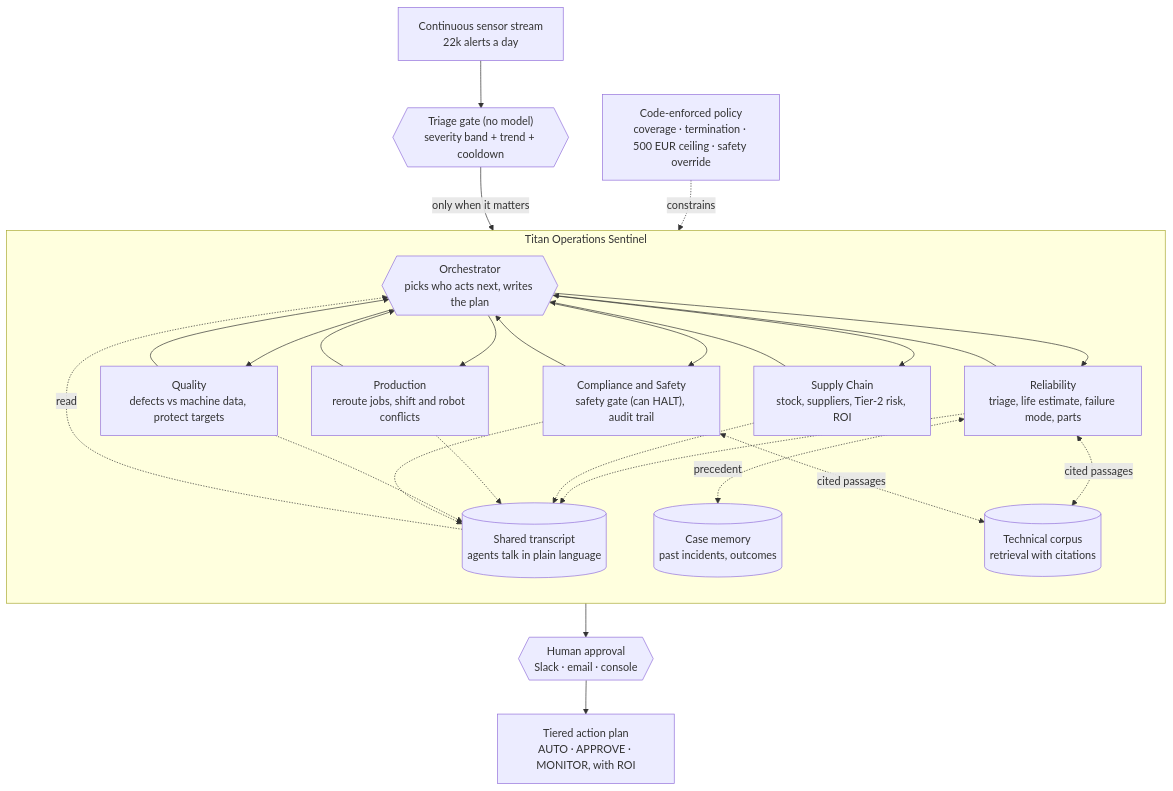
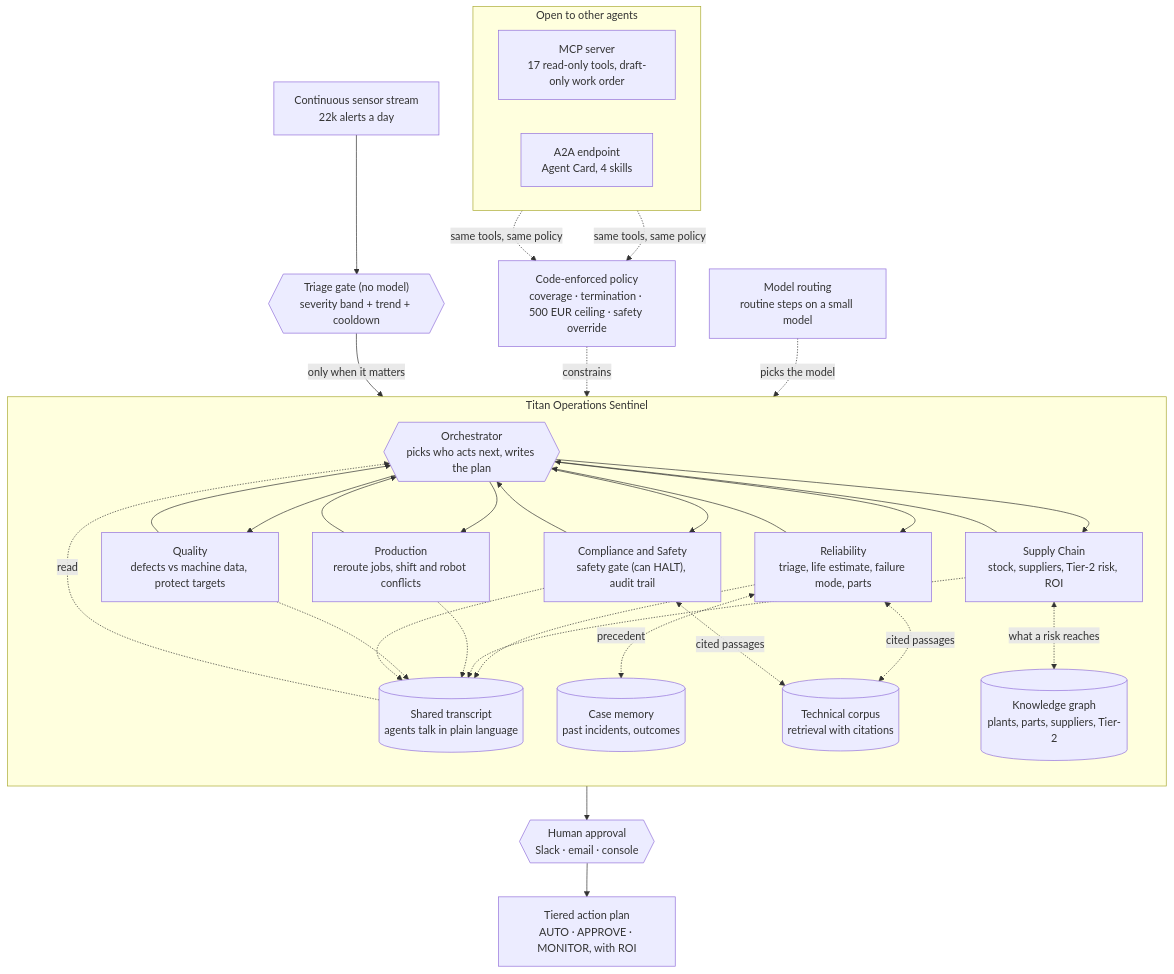
The diagram in README.md (ma731/titan-operations-sentinel), drawn with Mermaid before and after one commit. The commit also changed other lines of this file and 10 other files, not shown here.

First line of the commit message:
docs: bring architecture, README, CLAUDE.md and Titan up to date

````diff
--- a/README.md
+++ b/README.md
@@ -109,32 +111,43 @@
 ```mermaid
 flowchart TB
     STREAM["Continuous sensor stream<br/>22k alerts a day"]
     TRIAGE{{"Triage gate (no model)<br/>severity band + trend + cooldown"}}
 
     subgraph BRAIN["Titan Operations Sentinel"]
       direction TB
       ORCH{{"Orchestrator<br/>picks who acts next, writes the plan"}}
       REL["Reliability<br/>triage, life estimate, failure mode, parts"]
       SUP["Supply Chain<br/>stock, suppliers, Tier-2 risk, ROI"]
       PRO["Production<br/>reroute jobs, shift and robot conflicts"]
       QUA["Quality<br/>defects vs machine data, protect targets"]
       COM["Compliance and Safety<br/>safety gate (can HALT), audit trail"]
       TRANS[("Shared transcript<br/>agents talk in plain language")]
       MEM[("Case memory<br/>past incidents, outcomes")]
       DOCS[("Technical corpus<br/>retrieval with citations")]
+      KG[("Knowledge graph<br/>plants, parts, suppliers, Tier-2")]
 
       ORCH --> REL & SUP & PRO & QUA & COM
       REL & SUP & PRO & QUA & COM --> ORCH
       REL & SUP & PRO & QUA & COM -.-> TRANS
       TRANS -.read.-> ORCH
       REL <-.precedent.-> MEM
       REL & COM <-.cited passages.-> DOCS
+      SUP <-.what a risk reaches.-> KG
     end
 
     POLICY["Code-enforced policy<br/>coverage · termination · 500 EUR ceiling · safety override"]
+    ROUTE["Model routing<br/>routine steps on a small model"]
+
+    subgraph OPEN["Open to other agents"]
+      direction LR
+      MCP["MCP server<br/>17 read-only tools, draft-only work order"]
+      A2A["A2A endpoint<br/>Agent Card, 4 skills"]
+    end
 
     STREAM --> TRIAGE -->|"only when it matters"| ORCH
     ORCH --> GATE{{"Human approval<br/>Slack · email · console"}}
     GATE --> PLAN["Tiered action plan<br/>AUTO · APPROVE · MONITOR, with ROI"]
     POLICY -. constrains .-> ORCH
+    ROUTE -. picks the model .-> ORCH
+    MCP & A2A -. same tools, same policy .-> POLICY
 ```
````
